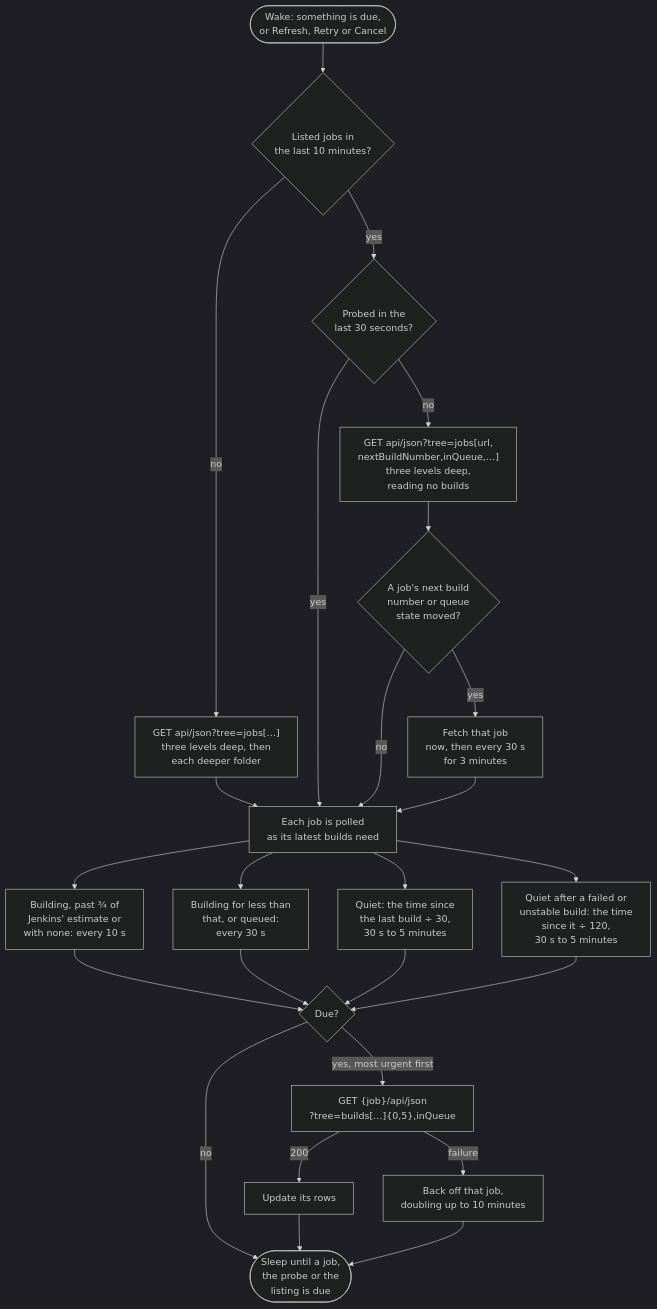
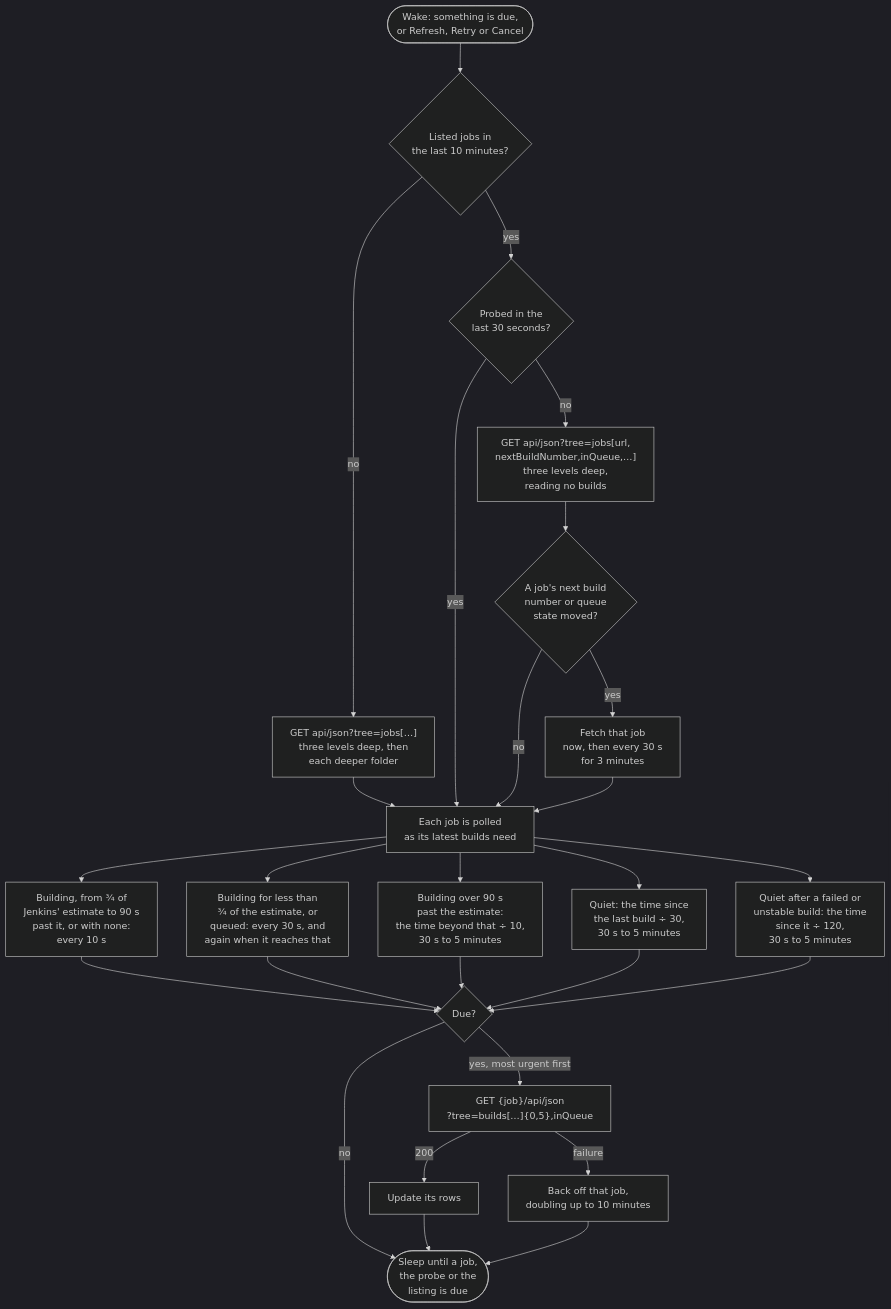
One commit to SimonCropp/BuildMonitor changed the diagram in docs/mdsource/providers/jenkins.source.md. Above: the diagram before and after it, drawn with Mermaid (dark theme). The commit also changed 30 other files, not shown here.

First line of the commit message:
Aim the running interval at when a build is expected to finish

````diff
--- a/docs/mdsource/providers/jenkins.source.md
+++ b/docs/mdsource/providers/jenkins.source.md
@@ -32,32 +32,34 @@
 ```mermaid
 ---
 config:
   flowchart:
     wrappingWidth: 400
 ---
 flowchart TD
     wake(["Wake: something is due,<br/>or Refresh, Retry or Cancel"]) --> listed{"Listed jobs in<br/>the last 10 minutes?"}
     listed -- "no" --> discover["GET api/json?tree=jobs[…]<br/>three levels deep, then<br/>each deeper folder"]
     listed -- "yes" --> probed{"Probed in the<br/>last 30 seconds?"}
     probed -- "no" --> probe["GET api/json?tree=jobs[url,<br/>nextBuildNumber,inQueue,…]<br/>three levels deep,<br/>reading no builds"]
     probe --> moved{"A job's next build<br/>number or queue<br/>state moved?"}
     moved -- "yes" --> nudge["Fetch that job<br/>now, then every 30 s<br/>for 3 minutes"]
     discover --> interval["Each job is polled<br/>as its latest builds need"]
     probed -- "yes" --> interval
     moved -- "no" --> interval
     nudge --> interval
-    interval --> finishing["Building, past ¾ of<br/>Jenkins' estimate or<br/>with none: every 10 s"]
-    interval --> running["Building for less than<br/>that, or queued:<br/>every 30 s"]
+    interval --> finishing["Building, from ¾ of<br/>Jenkins' estimate to 90 s<br/>past it, or with none:<br/>every 10 s"]
+    interval --> running["Building for less than<br/>¾ of the estimate, or<br/>queued: every 30 s, and<br/>again when it reaches that"]
+    interval --> overrun["Building over 90 s<br/>past the estimate:<br/>the time beyond that ÷ 10,<br/>30 s to 5 minutes"]
     interval --> quiet["Quiet: the time since<br/>the last build ÷ 30,<br/>30 s to 5 minutes"]
     interval --> failed["Quiet after a failed or<br/>unstable build: the time<br/>since it ÷ 120,<br/>30 s to 5 minutes"]
     finishing --> due{"Due?"}
     running --> due
+    overrun --> due
     quiet --> due
     failed --> due
     due -- "no" --> sleep(["Sleep until a job,<br/>the probe or the<br/>listing is due"])
     due -- "yes, most urgent first" --> fetch["GET {job}/api/json<br/>?tree=builds[…]{0,5},inQueue"]
     fetch -- "200" --> rows["Update its rows"]
     fetch -- "failure" --> backoff["Back off that job,<br/>doubling up to 10 minutes"]
     rows --> sleep
     backoff --> sleep
 ```
````
